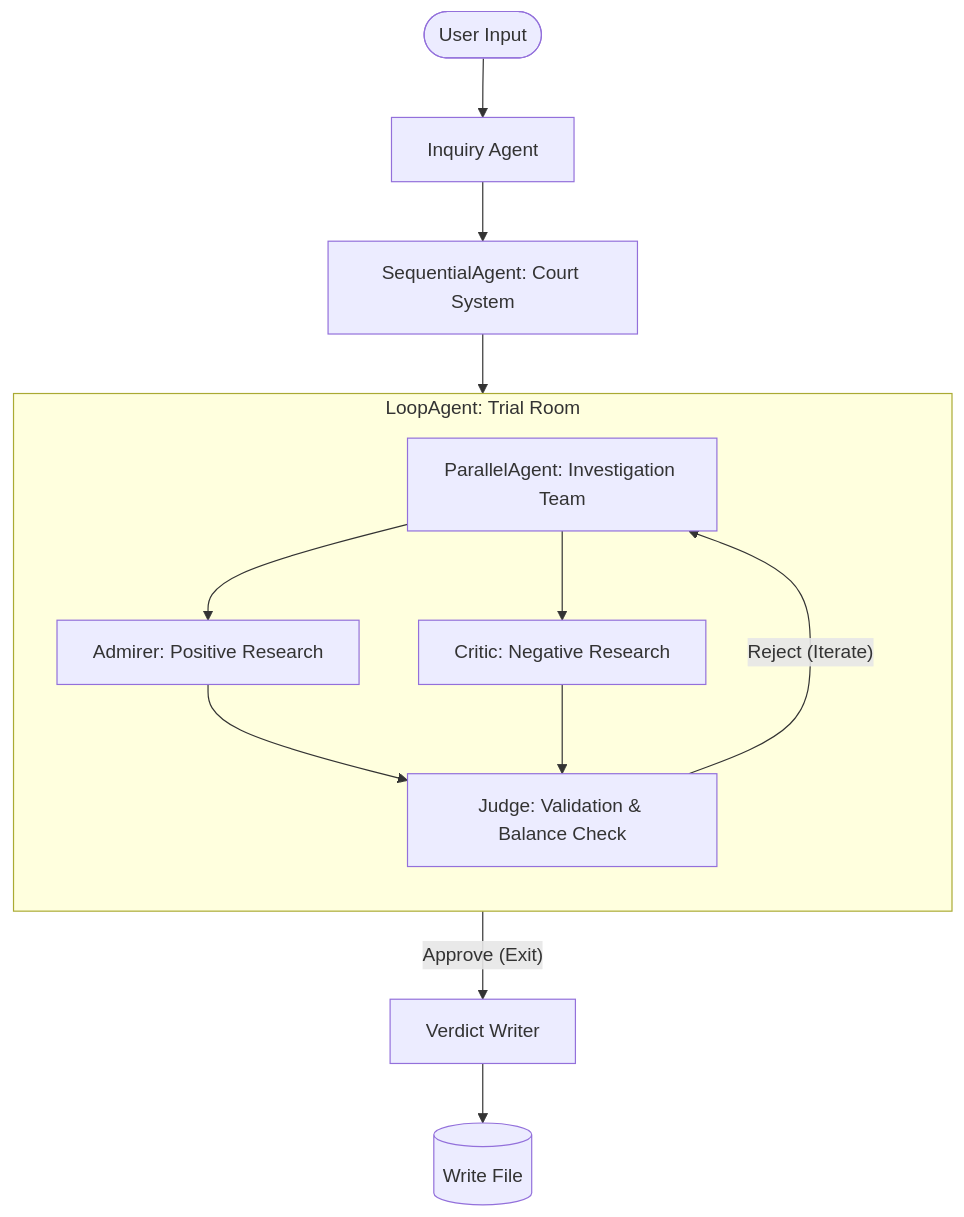
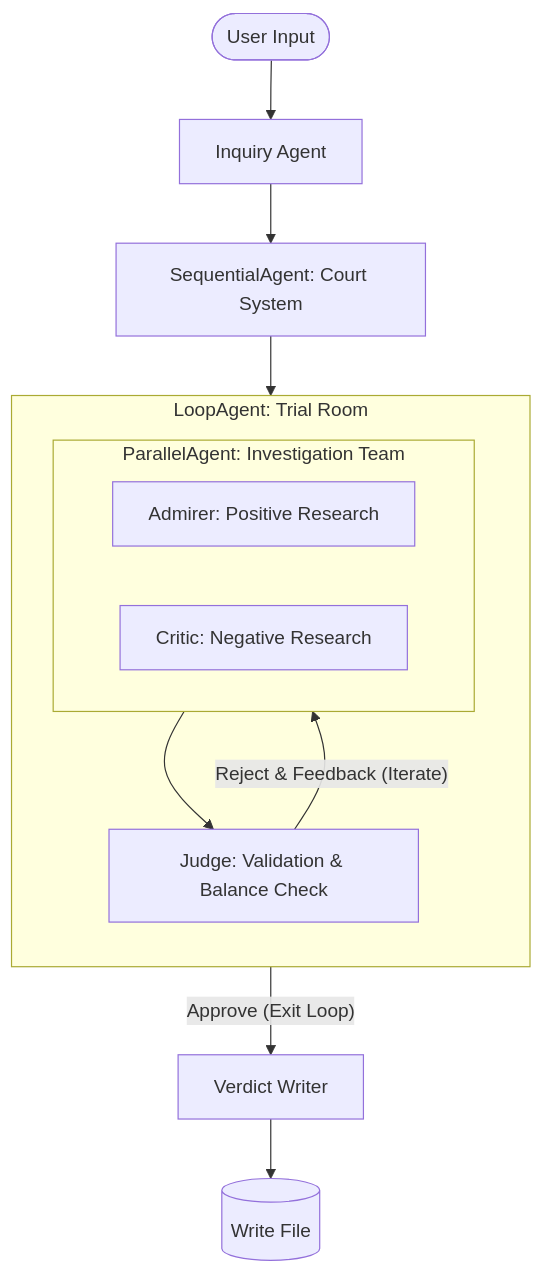
Before and after one commit to septemwee/court_agents: the diagram in README.md, drawn with Mermaid. The commit also changed other lines of this file, not shown here.

````diff
--- a/README.md
+++ b/README.md
@@ -10,18 +10,25 @@
 ```mermaid
 graph TD
     User([User Input]) --> Inquiry[Inquiry Agent]
     Inquiry --> CourtSystem[SequentialAgent: Court System]
     
     subgraph TrialRoom [LoopAgent: Trial Room]
         direction TB
-        Investigate[ParallelAgent: Investigation Team]
-        Investigate --> Admirer[Admirer: Positive Research]
-        Investigate --> Critic[Critic: Negative Research]
-        Admirer & Critic --> Judge[Judge: Validation & Balance Check]
+        
+        subgraph InvestigationTeam [ParallelAgent: Investigation Team]
+            direction LR
+            Admirer[Admirer: Positive Research]
+            Critic[Critic: Negative Research]
+        end
+
+        Judge[Judge: Validation & Balance Check]
+        
+        InvestigationTeam --> Judge
     end
     
     CourtSystem --> TrialRoom
-    Judge -- "Reject (Iterate)" --> Investigate
-    Judge -- "Approve (Exit)" --> Writer[Verdict Writer]
+    Judge -- "Reject & Feedback (Iterate)" --> InvestigationTeam
+    Judge -- "Approve (Exit Loop)" --> Writer[Verdict Writer]
+    
     Writer --> File[(Write File)]
 ```
````
